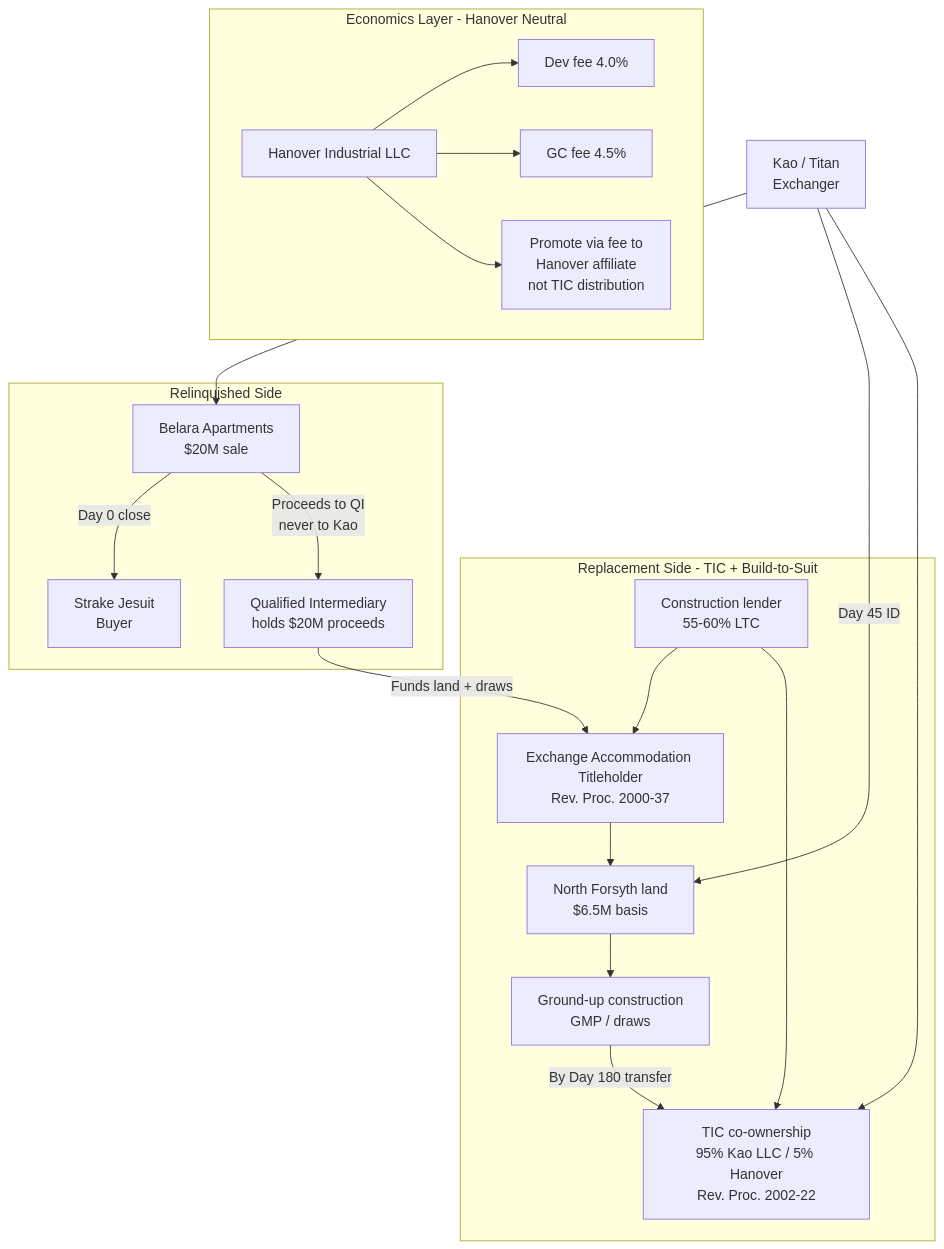
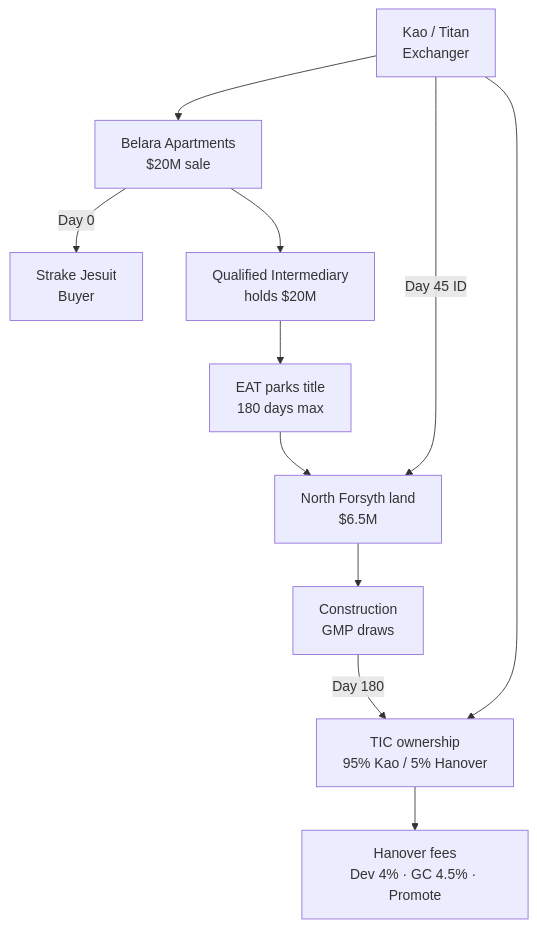
One commit to EthanCow/North-Forsyth-1031-Diagrams changed the first of 5 diagrams in North_Forsyth_1031_Diagrams.md. Above: the diagram before and after it, drawn with Mermaid. The commit also changed other lines of this file and 1 other file, not shown here.

First line of the commit message:
Add sticky party tabs and fix diagram styling.

````diff
--- a/North_Forsyth_1031_Diagrams.md
+++ b/North_Forsyth_1031_Diagrams.md
@@ -34,39 +30,21 @@
 ```mermaid
 flowchart TB
-    QI["Qualified Intermediary\nholds $20M proceeds"]
+    Kao["Kao / Titan\nExchanger"]
+    Belara["Belara Apartments\n$20M sale"]
+    Strake["Strake Jesuit\nBuyer"]
+    QI["Qualified Intermediary\nholds $20M"]
+    EAT["EAT parks title\n180 days max"]
+    Land["North Forsyth land\n$6.5M"]
+    Build["Construction\nGMP draws"]
+    TIC["TIC ownership\n95% Kao / 5% Hanover"]
+    Fees["Hanover fees\nDev 4% · GC 4.5% · Promote"]
 
-    subgraph relinquished [Relinquished Side]
-        Belara["Belara Apartments\n$20M sale"]
-        Strake["Strake Jesuit\nBuyer"]
-        Belara -->|"Day 0 close"| Strake
-        Belara -->|"Proceeds to QI\nnever to Kao"| QI
-    end
-
-    subgraph replacement [Replacement Side - TIC + Build-to-Suit]
-        EAT["Exchange Accommodation Titleholder\nRev. Proc. 2000-37"]
-        Land["North Forsyth land\n$6.5M basis"]
-        Build["Ground-up construction\nGMP / draws"]
-        TIC["TIC co-ownership\n95% Kao LLC / 5% Hanover\nRev. Proc. 2002-22"]
-        Lender["Construction lender\n55-60% LTC"]
-        EAT --> Land
-        Land --> Build
-        Build -->|"By Day 180 transfer"| TIC
-        Lender --> EAT
-        Lender --> TIC
-    end
-
-    subgraph economics [Economics Layer - Hanover Neutral]
-        DevFee["Dev fee 4.0%"]
-        GCFee["GC fee 4.5%"]
-        PromoteFee["Promote via fee to\nHanover affiliate\nnot TIC distribution"]
-        Hanover["Hanover Industrial LLC"]
-        Hanover --> DevFee
-        Hanover --> GCFee
-        Hanover --> PromoteFee
-    end
-
-    Kao["Kao / Titan\nExchanger"] --> Belara
+    Kao --> Belara
+    Belara -->|"Day 0"| Strake
+    Belara --> QI
+    QI --> EAT
+    EAT --> Land --> Build -->|"Day 180"| TIC
     Kao -->|"Day 45 ID"| Land
     Kao --> TIC
-    QI -->|"Funds land + draws"| EAT
+    TIC --> Fees
 ```
````
